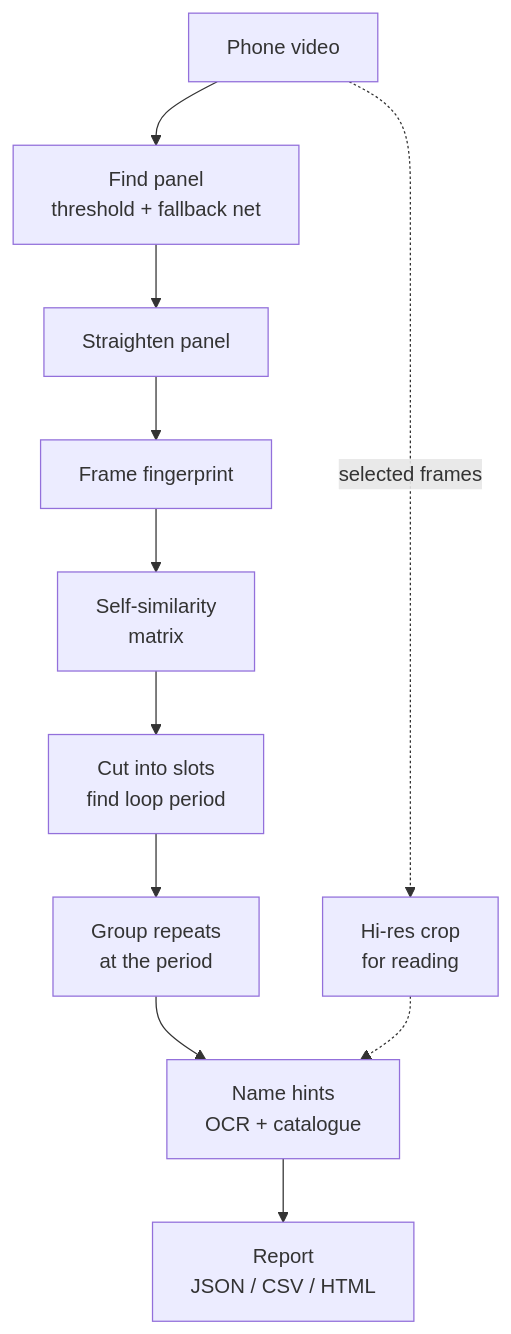
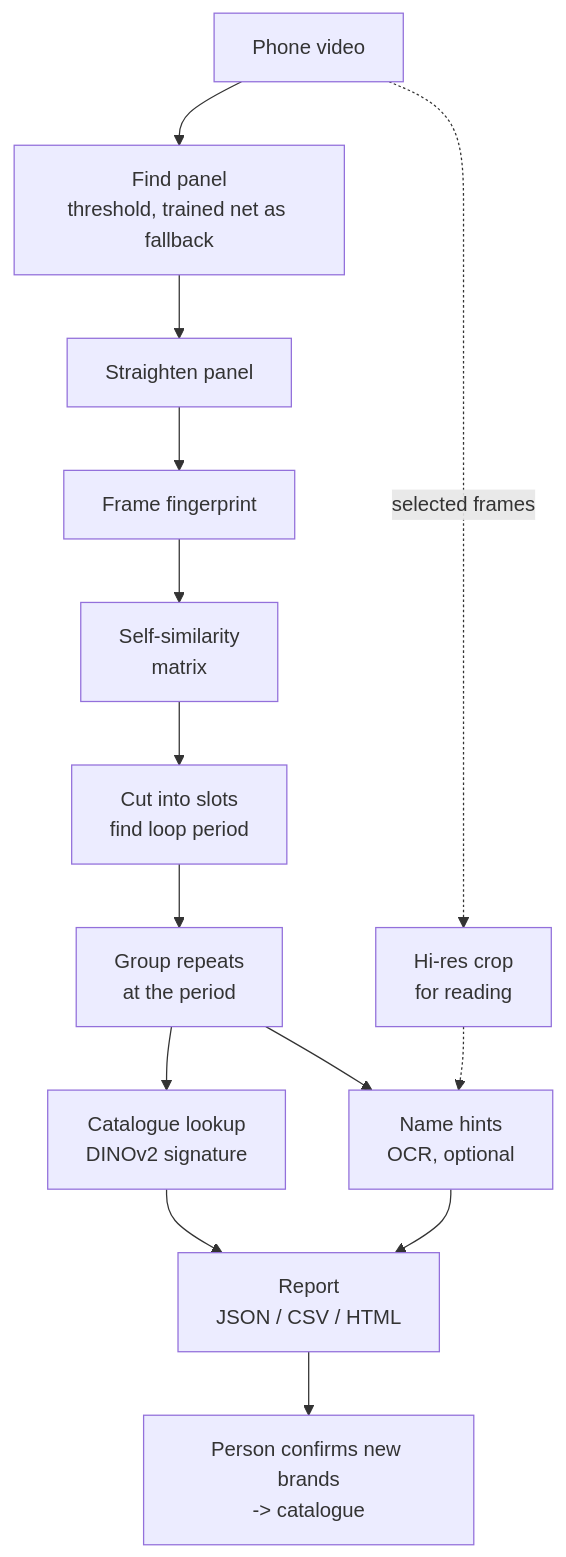
One commit to EAeaza/reklama-radar changed the first of 2 diagrams in README.md. Above: the diagram before and after it, drawn with Mermaid. The commit also changed other lines of this file and 2 other files, not shown here.

````diff
--- a/README.md
+++ b/README.md
@@ -22,12 +23,14 @@
 ```mermaid
 flowchart TD
-    V[Phone video] --> D[Find panel<br/>threshold + fallback net]
+    V[Phone video] --> D[Find panel<br/>threshold, trained net as fallback]
     D --> R[Straighten panel]
     R --> F[Frame fingerprint]
     F --> S[Self-similarity<br/>matrix]
     S --> G[Cut into slots<br/>find loop period]
     G --> C[Group repeats<br/>at the period]
-    C --> N[Name hints<br/>OCR + catalogue]
-    N --> O[Report<br/>JSON / CSV / HTML]
+    C --> K[Catalogue lookup<br/>DINOv2 signature]
+    C --> N[Name hints<br/>OCR, optional]
+    K & N --> O[Report<br/>JSON / CSV / HTML]
+    O --> P[Person confirms new brands<br/>-> catalogue]
     V -. selected frames .-> H[Hi-res crop<br/>for reading] -.-> N
 ```
````
